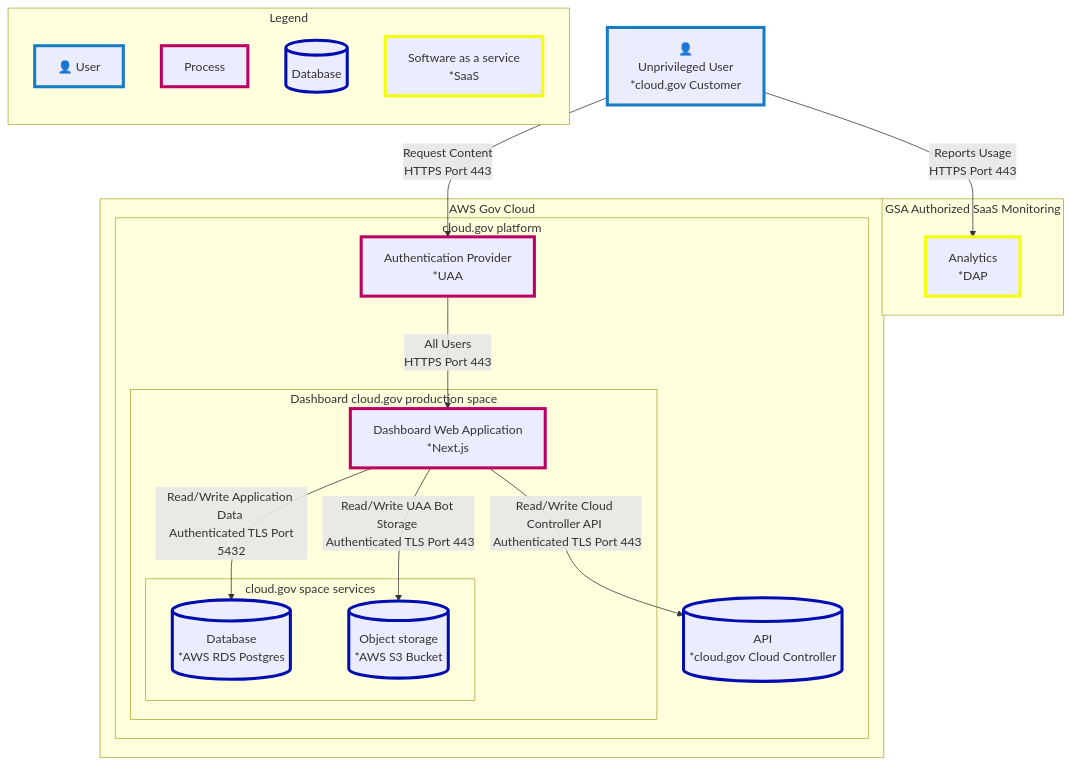
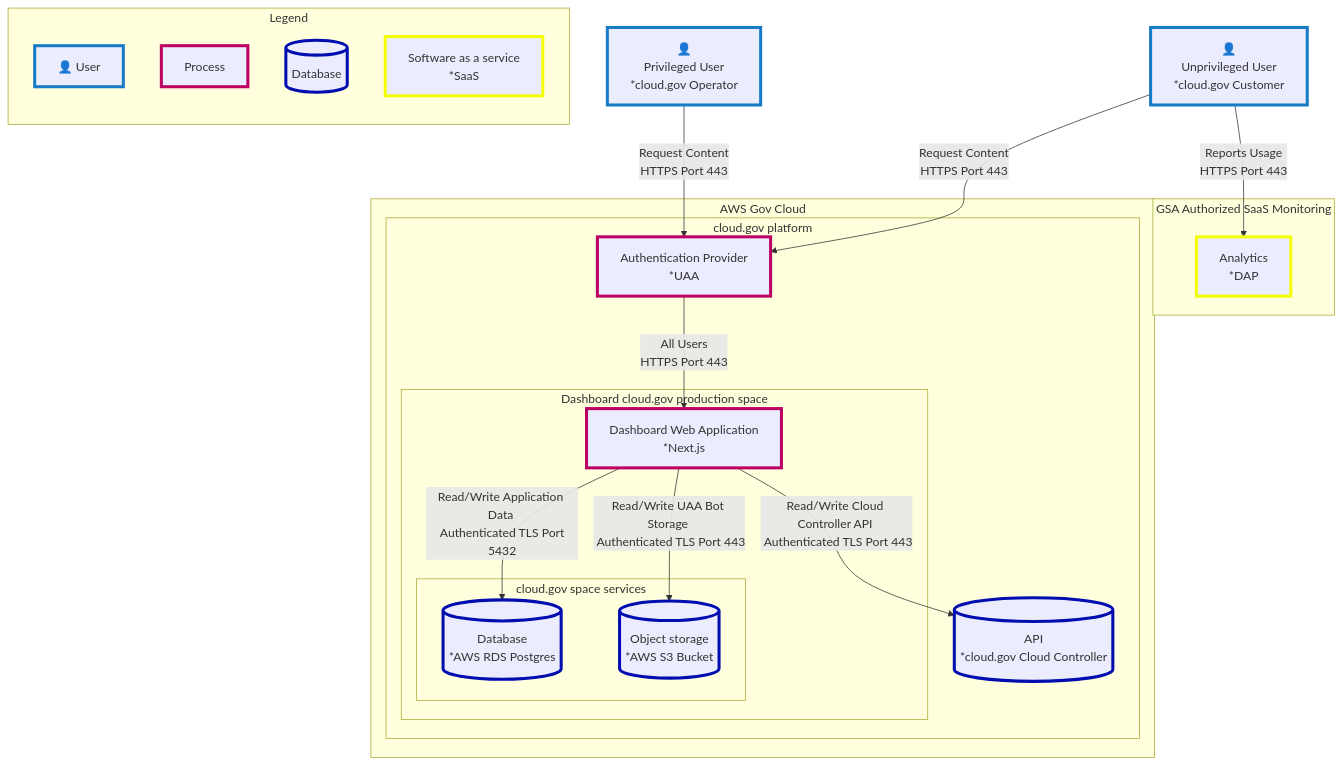
The diagram in docs/diagrams/web.md (cloud-gov/cg-ui), drawn with Mermaid before and after one commit.

Commit message:
Update diagram

````diff
--- a/docs/diagrams/web.md
+++ b/docs/diagrams/web.md
@@ -1,64 +1,65 @@
 ```mermaid
 flowchart TB
   direction BT
   %% Styles
   classDef userStyle stroke:#167CC5,stroke-width:4px
   classDef processStyle stroke:#bc0061,stroke-width:4px
   classDef saasStyle stroke:#f2ff07,stroke-width:4px
   classDef dbStyle stroke:#010daf,stroke-width:4px
 
   %% Component Defintions
 
   %% Users
+  user_privleged["👤  <br/> Privileged User <br/> *cloud.gov Operator"]:::userStyle
   user_unprivleged["👤  <br/> Unprivileged User <br/> *cloud.gov Customer"]:::userStyle
 
   %% SaaS
   dap[Analytics <br/> *DAP]:::saasStyle
 
   %% Processors
   auth_provider[Authentication Provider <br/> *UAA]:::processStyle
   dashboard_app[Dashboard Web Application <br/> *Next.js]:::processStyle
 
   %% Databases
   database[(Database <br/> *AWS RDS Postgres)]:::dbStyle
   api[(API <br /> *cloud.gov Cloud Controller)]:::dbStyle
   s3_bucket[(Object storage<br/> *AWS S3 Bucket)]:::dbStyle
 
   %% Flow
   auth_provider -- All Users <br/> HTTPS Port 443 --> dashboard_app
 
   user_unprivleged -- Request Content <br/> HTTPS Port 443 --> auth_provider
+  user_privleged -- Request Content <br/> HTTPS Port 443 --> auth_provider
   user_unprivleged -- Reports Usage <br/> HTTPS Port 443 --> dap
-
 
   dashboard_app -- Read/Write Application Data <br /> Authenticated TLS Port 5432  --> database
   dashboard_app -- Read/Write UAA Bot Storage <br /> Authenticated TLS Port 443  --> s3_bucket
   dashboard_app -- Read/Write Cloud Controller API <br /> Authenticated TLS Port 443 --> api
 
   %% Layout
   subgraph GSA Authorized SaaS Monitoring
     dap
   end
 
   subgraph AWS Gov Cloud
     subgraph cloud.gov platform
       auth_provider
       subgraph Dashboard cloud.gov production space
         dashboard_app
         subgraph cloud.gov space services
           database
           s3_bucket
         end
       end
       api
     end
   end
 
   subgraph Legend
     direction BT
     legend_user["👤 User"]:::userStyle
     legend_process[Process]:::processStyle
     legend_db[(Database)]:::dbStyle
     legend_saas[Software as a service <br/> *SaaS]:::saasStyle
   end
 ```
````
